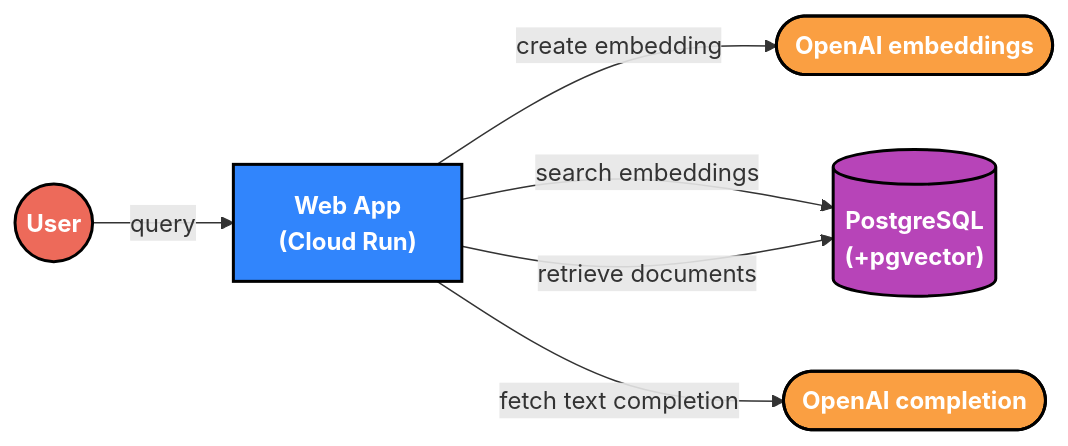
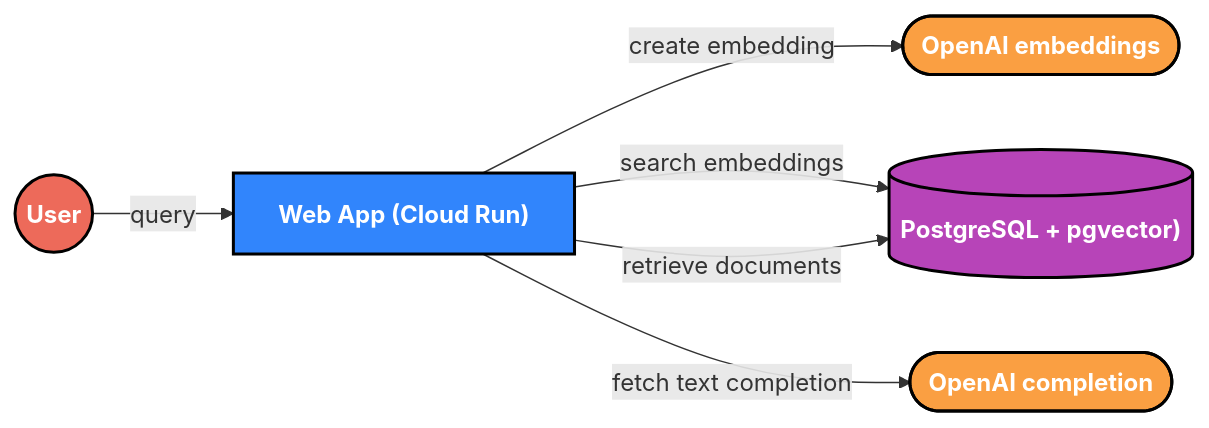
The first of 2 diagrams in README.md (initialcapacity/ai-starter), drawn with Mermaid before and after one commit. The commit also changed other lines of this file, not shown here.

Commit message:
Remove newlines in mermaid diagrams

````diff
--- a/README.md
+++ b/README.md
@@ -24,25 +24,25 @@
 ```mermaid
 flowchart LR
     embeddings([OpenAI embeddings])
     user((User))
-    app["Web App\n(Cloud Run)"]
-    db[("PostgreSQL\n(+pgvector)")]
+    app["Web App (Cloud Run)"]
+    db[("PostgreSQL + pgvector)")]
     llm([OpenAI completion])
     
     user -- query --> app
     app -- create embedding --> embeddings
     app -- search embeddings --> db
     app -- retrieve documents --> db
     app -- fetch text completion --> llm
 
     classDef node font-weight:bold,color:white,stroke:black,stroke-width:2px;
     classDef app fill:#3185FC;
     classDef db fill:#B744B8;
     classDef external fill:#FA9F42;
     classDef user fill:#ED6A5A;
 
     class app,collector,analyzer app;
     class db db;
     class docs,embeddings,llm external;
     class user user;
 ```
````
